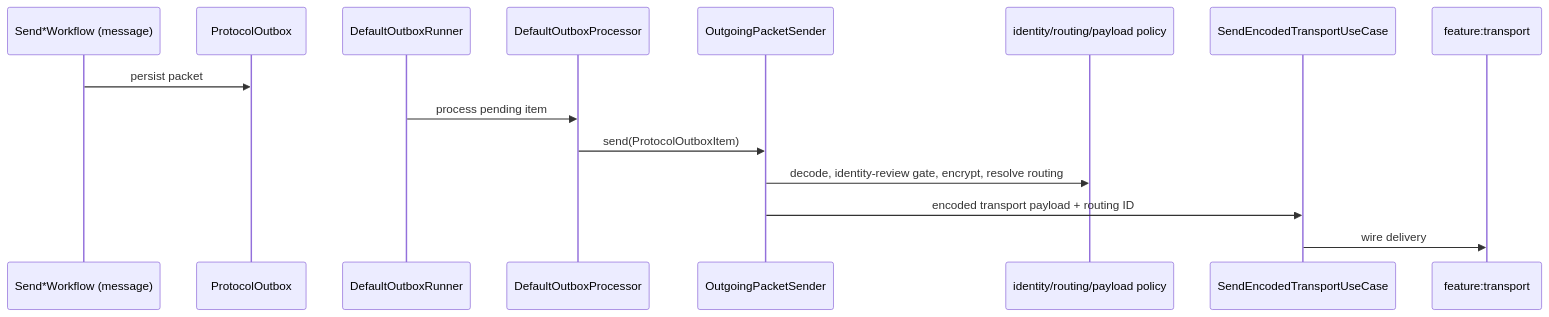
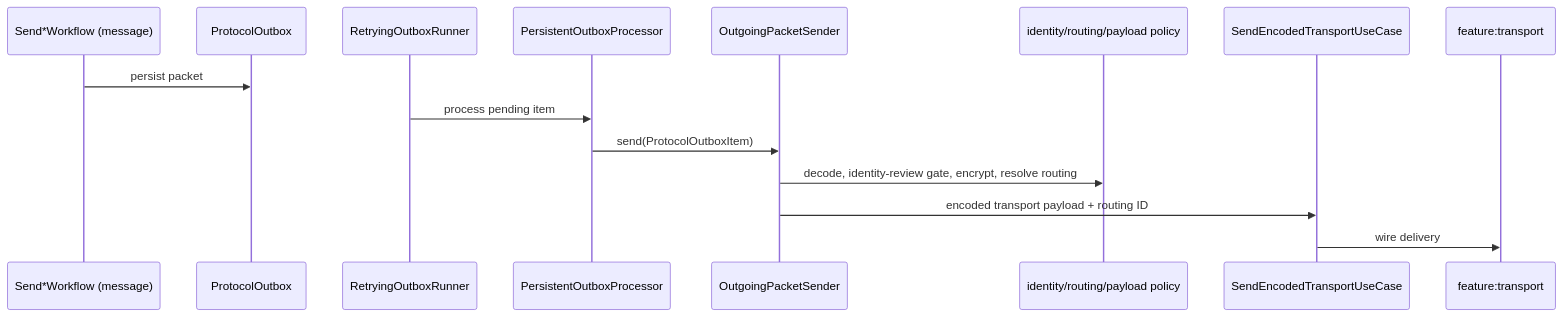
The first of 2 diagrams in docs/architecture/messaging-boundary.md (cbgm/Sparrow), drawn with Mermaid before and after one commit. The commit also changed other lines of this file and 1796 other files, not shown here.

````diff
--- a/docs/architecture/messaging-boundary.md
+++ b/docs/architecture/messaging-boundary.md
@@ -22,18 +22,18 @@
 ```mermaid
 sequenceDiagram
     participant CHAT as Send*Workflow (message)
     participant OB as ProtocolOutbox
-    participant RUN as DefaultOutboxRunner
-    participant PROC as DefaultOutboxProcessor
+    participant RUN as RetryingOutboxRunner
+    participant PROC as PersistentOutboxProcessor
     participant SEND as OutgoingPacketSender
     participant POLICY as identity/routing/payload policy
     participant WIRE as SendEncodedTransportUseCase
     participant TR as feature:transport
 
     CHAT->>OB: persist packet
     RUN->>PROC: process pending item
     PROC->>SEND: send(ProtocolOutboxItem)
     SEND->>POLICY: decode, identity-review gate, encrypt, resolve routing
     SEND->>WIRE: encoded transport payload + routing ID
     WIRE->>TR: wire delivery
 ```
````
